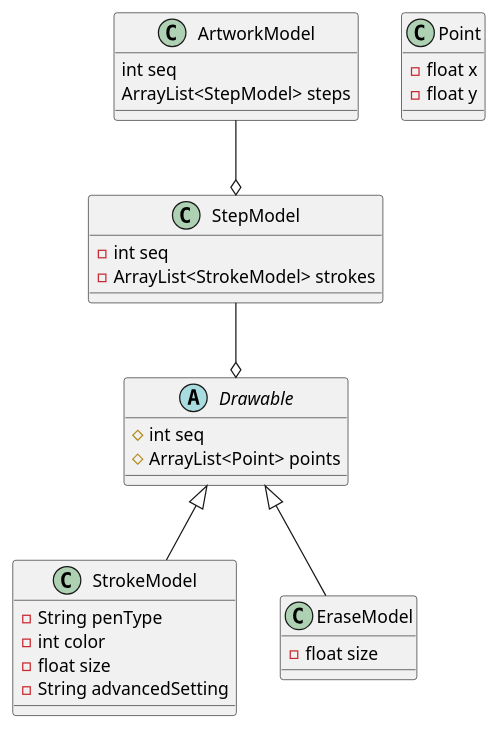
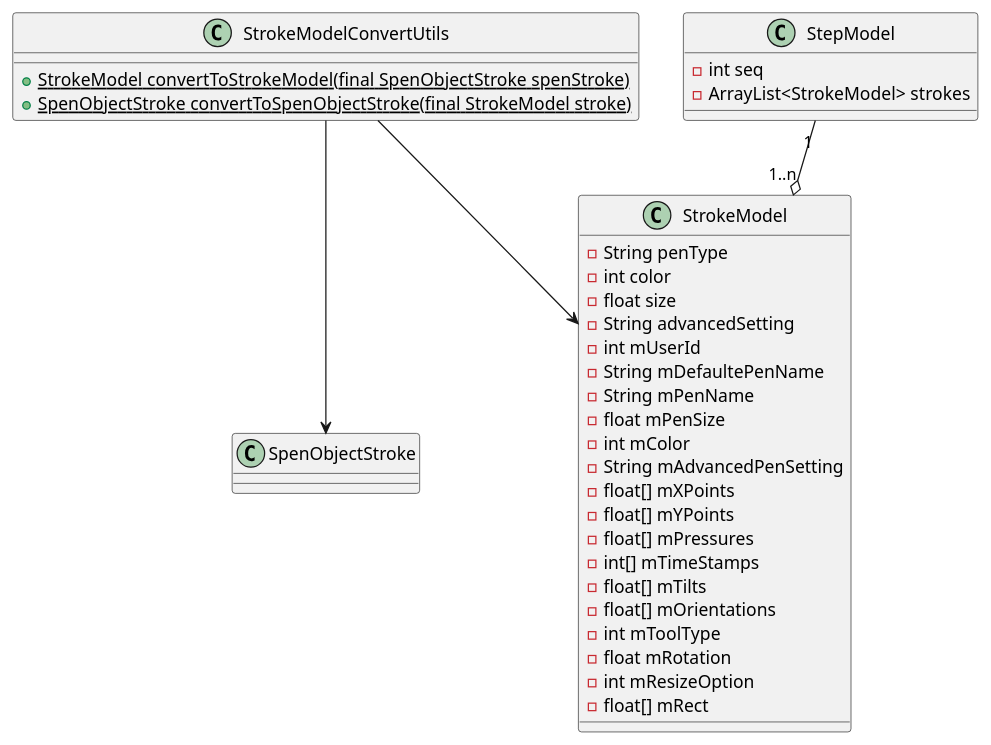
One commit to Minegi/draw_together changed the diagram in app/src/main/java/com/samsung/hackathon/drawtogether/uml/model_class_diagram.puml. Above: the diagram before and after it, drawn with PlantUML. The commit also changed 6 other files, not shown here.

Commit message:
- 판서 데이터 관련 클래스 다이어그램 업데이트 - Replay 테스트 코드 추가 - 데이터 직렬화를 위한 로직, 모델, Util 클래스 추가

```diff
--- a/app/src/main/java/com/samsung/hackathon/drawtogether/uml/model_class_diagram.puml
+++ b/app/src/main/java/com/samsung/hackathon/drawtogether/uml/model_class_diagram.puml
@@ -1,41 +1,46 @@
 @startuml
-class Point {
-    - float x
-    - float y
-}
 
-abstract class Drawable {
-    # int seq
-    # ArrayList<Point> points
+class SpenObjectStroke {
+
 }
 
 class StrokeModel {
     - String penType
     - int color
     - float size
     - String advancedSetting
+    - int mUserId
+    - String mDefaultePenName
+    - String mPenName
+    - float mPenSize
+    - int mColor
+    - String mAdvancedPenSetting
+    - float[] mXPoints
+    - float[] mYPoints
+    - float[] mPressures
+    - int[] mTimeStamps
+    - float[] mTilts
+    - float[] mOrientations
+    - int mToolType
+    - float mRotation
+    - int mResizeOption
+    - float[] mRect
 }
-
-class EraseModel {
-    - float size
-}
-
-StrokeModel -up-|> Drawable
-EraseModel -up-|> Drawable
 
 class StepModel {
     - int seq
     - ArrayList<StrokeModel> strokes
 }
 
-StepModel --o Drawable
-
-class ArtworkModel {
-    int seq
-    ArrayList<StepModel> steps
+class StrokeModelConvertUtils {
+    + {static} StrokeModel convertToStrokeModel(final SpenObjectStroke spenStroke)
+    + {static} SpenObjectStroke convertToSpenObjectStroke(final StrokeModel stroke)
 }
 
-ArtworkModel --o StepModel
+StepModel "1" --o "1..n" StrokeModel
+
+StrokeModelConvertUtils --> StrokeModel
+StrokeModelConvertUtils --> SpenObjectStroke
 
 
 @enduml
```
